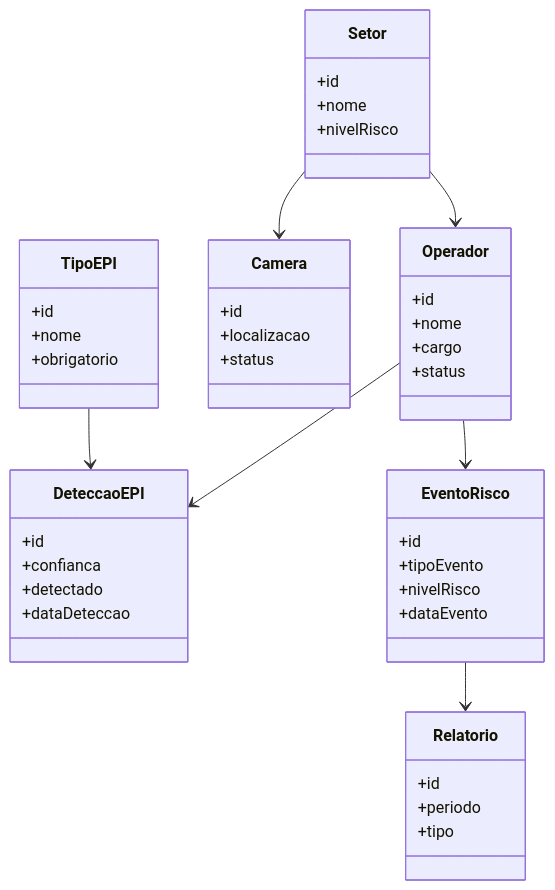
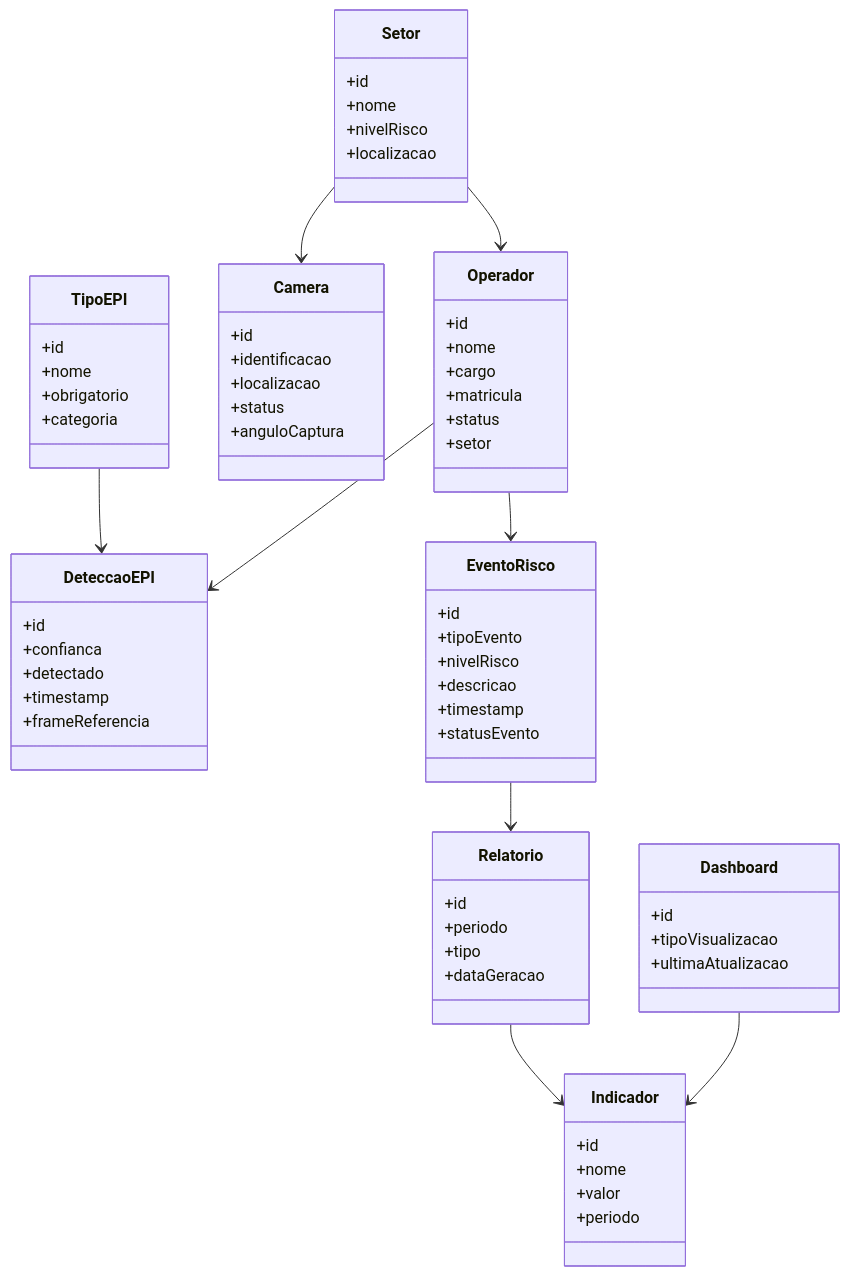
Before and after one commit to An4lu/SPRINT_EngenhariadeSoftware: the diagram in docs/diagramas/classes.md, drawn with Mermaid. The commit also changed 2 other files, not shown here.

Commit message:
fix(): melhorias diagramas

````diff
--- a/docs/diagramas/classes.md
+++ b/docs/diagramas/classes.md
@@ -3,55 +3,80 @@
 ```mermaid
 classDiagram
 
 class Operador {
   +id
   +nome
   +cargo
+  +matricula
   +status
+  +setor
 }
 
 class Setor {
   +id
   +nome
   +nivelRisco
+  +localizacao
 }
 
 class Camera {
   +id
+  +identificacao
   +localizacao
   +status
+  +anguloCaptura
 }
 
 class TipoEPI {
   +id
   +nome
   +obrigatorio
+  +categoria
 }
 
 class DeteccaoEPI {
   +id
   +confianca
   +detectado
-  +dataDeteccao
+  +timestamp
+  +frameReferencia
 }
 
 class EventoRisco {
   +id
   +tipoEvento
   +nivelRisco
-  +dataEvento
+  +descricao
+  +timestamp
+  +statusEvento
+}
+
+class Dashboard {
+  +id
+  +tipoVisualizacao
+  +ultimaAtualizacao
 }
 
 class Relatorio {
   +id
   +periodo
   +tipo
+  +dataGeracao
+}
+
+class Indicador {
+  +id
+  +nome
+  +valor
+  +periodo
 }
 
 Setor --> Operador
 Setor --> Camera
 Operador --> DeteccaoEPI
 Operador --> EventoRisco
 TipoEPI --> DeteccaoEPI
 EventoRisco --> Relatorio
+Dashboard --> Indicador
+Relatorio --> Indicador
 ```
````
